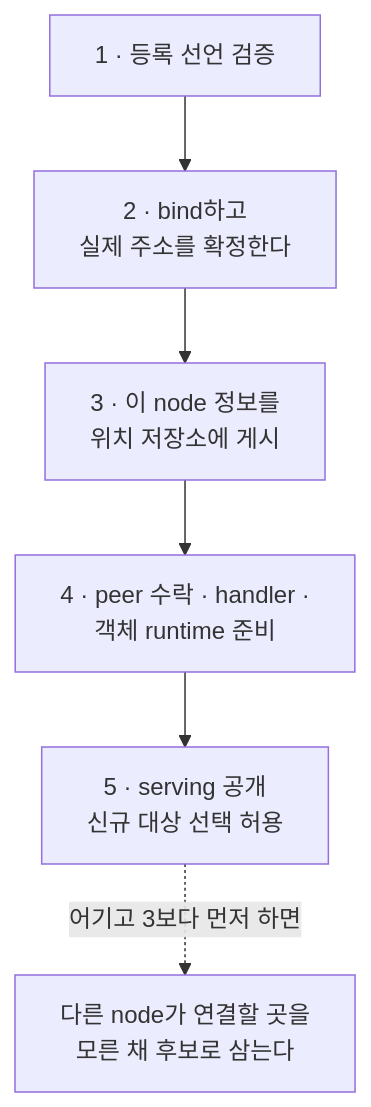
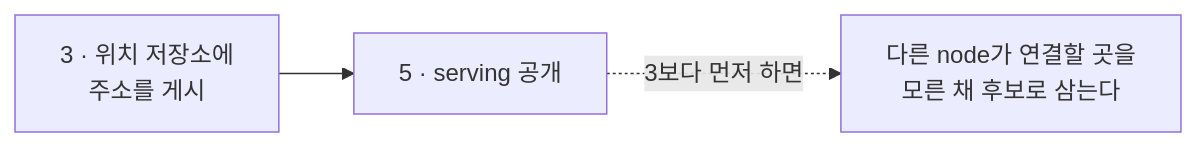
One commit to kairos-code-dev/zlink changed the first of 2 diagrams in framework/doc/framework/common/internals/10-liveness-and-state.ko.md. Above: the diagram before and after it, drawn with Mermaid. The commit also changed 2 other files, not shown here.

Commit message:
docs(site): hide the right-side page TOC; shrink two oversized diagrams
TOC: mermaid_size.py 훅이 없어도 오른쪽 "현재 페이지" 목차는 계속 나온다.
mkdocs.yml에서 toc.integrate를 켜면 없앨 수 있지만 그러면 왼쪽 nav 트리
안으로 병합돼 페이지마다 nav가 길어진다. 대신 CSS로 .md-sidebar--secondary만
감췄다 — Material 레이아웃이 flexbox(.md-content: flex-grow:1)라서 본문이
비워진 공간으로 자동으로 넓어진다. 왼쪽 nav는 그대로다.

다이어그램: TB 방향의 좁고 긴 flowchart가 화면에서 실제 크기보다 훨씬
크게 보이는 원인을 실측했다. mermaid는 본문 폭에 맞춰 SVG를 통째로
확대하므로, intrinsic width가 좁고 height가 큰 그림은 폭 기준 확대율이
그대로 높이에 곱해진다.

  07 §6 수신 회전    TB 596×1180 (h/w 2.0)  → LR 981×198 (h/w 0.2)
  10 §3 시작 순서    TB 228×690  (h/w 3.0)  → LR 764×113 (h/w 0.15)

단순 LR 전환만으로는 부족했다 — loop 그림을 그대로 LR로 돌리면 이번엔
1980×403으로 과도하게 넓어져 축소될 때 글자가 너무 작아진다. 두 그림
모두 내용을 줄였다.

10의 그림은 본문 바로 위 번호 목록(1~5)을 그대로 다시 그린 것이었다.
저자 자신이 "3번과 5번의 순서가 핵심이다"라고 적어 둔 대로, 그 관계만
남기고 나머지 세 단계는 번호 목록에 맡겼다.

07의 그림은 3중 한도(건수·byte·경과 시간)와 "다음 회전 시작 위치"가
이미 위 문단에 결정으로 적혀 있었다. "회전 cursor가 멈춘 자리를
기억한다"는 저자가 명시한 요점만 남기고 분기 노드 둘을 지웠다.

뒤따르는 설명 문단도 새 구조에 맞춰 고쳤다 — 07은 더 이상 존재하지 않는
노드 문자(`L`·`S`) 대신 산문으로 같은 내용을 전달한다.

검증: mkdocs --strict 256건으로 회귀 없음, 두 그림 모두 mermaid-cli로
렌더링해 실제 종횡비 확인.

Claude-Session: https://claude.ai/code/session_015i3xUJdKE9AdwZ3BxuGLAv

````diff
--- a/framework/doc/framework/common/internals/10-liveness-and-state.ko.md
+++ b/framework/doc/framework/common/internals/10-liveness-and-state.ko.md
@@ -84,8 +84,5 @@
 ```mermaid
-flowchart TB
-    S1["1 · 등록 선언 검증"] --> S2["2 · bind하고<br/>실제 주소를 확정한다"]
-    S2 --> S3["3 · 이 node 정보를<br/>위치 저장소에 게시"]
-    S3 --> S4["4 · peer 수락 · handler ·<br/>객체 runtime 준비"]
-    S4 --> S5["5 · serving 공개<br/>신규 대상 선택 허용"]
-    S5 -. "어기고 3보다 먼저 하면" .-> BAD["다른 node가 연결할 곳을<br/>모른 채 후보로 삼는다"]
+flowchart LR
+    S3["3 · 위치 저장소에<br/>주소를 게시"] --> S5["5 · serving 공개"]
+    S5 -. "3보다 먼저 하면" .-> BAD["다른 node가 연결할 곳을<br/>모른 채 후보로 삼는다"]
 ```
````
